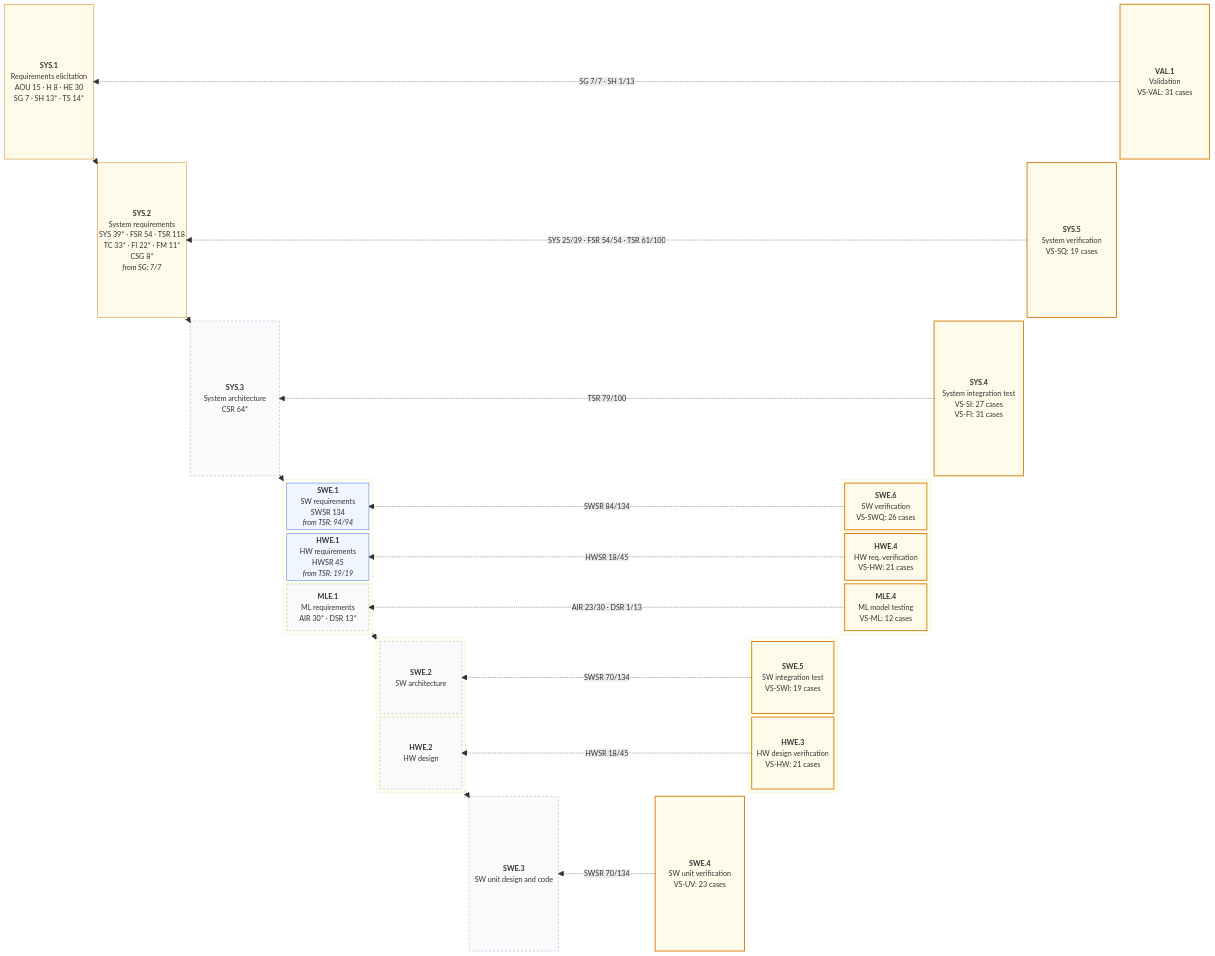
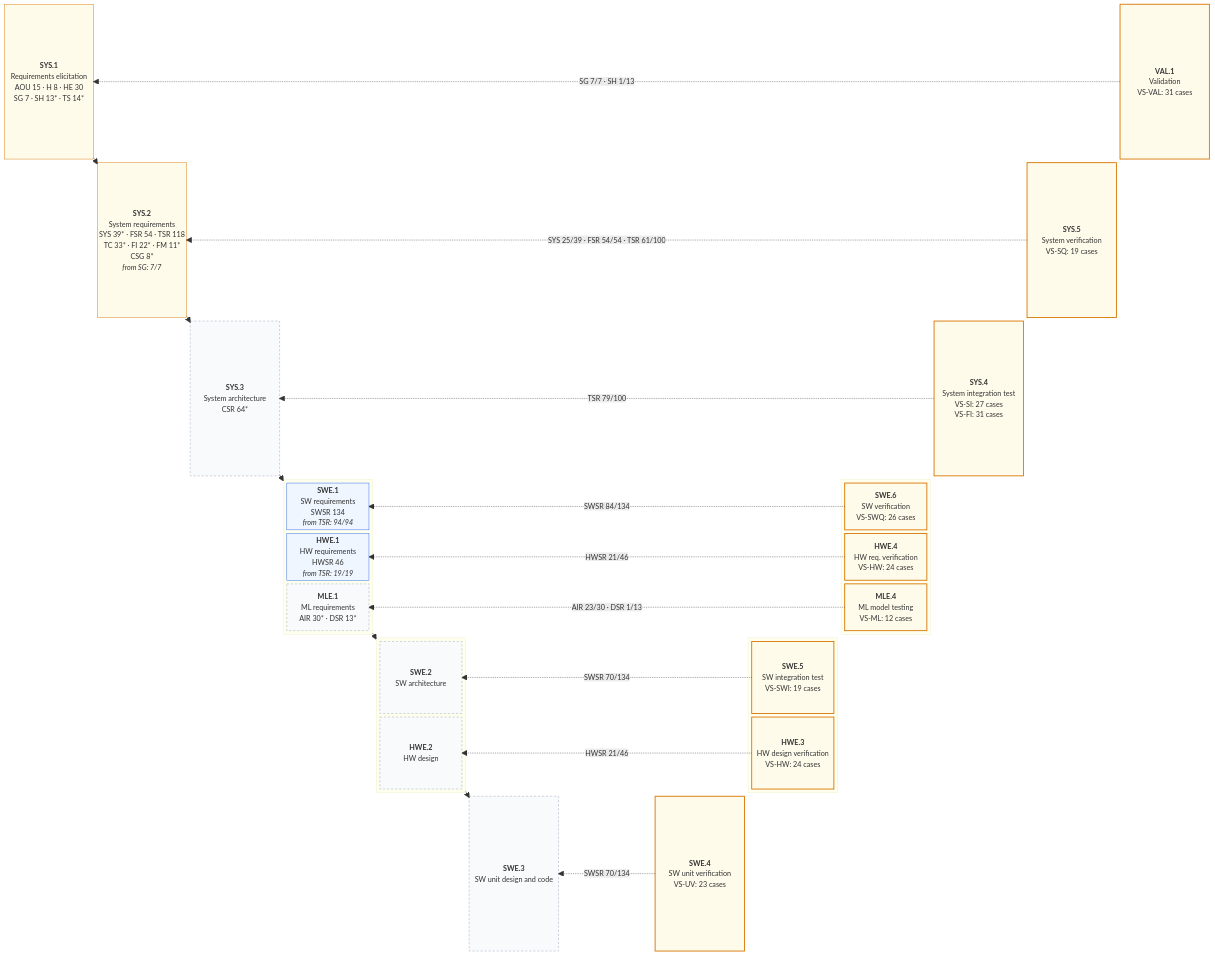
One commit to jherrodthomas/LionDriver changed the first of 2 diagrams in assurance/trace/maps/aspice-trace-map.md. Above: the diagram before and after it, drawn with Mermaid. The commit also changed other lines of this file and 48 other files, not shown here.

```diff
--- a/assurance/trace/maps/aspice-trace-map.md
+++ b/assurance/trace/maps/aspice-trace-map.md
@@ -67,7 +67,7 @@
   block:L3
     columns 1
     SWE1["<b>SWE.1</b><br/>SW requirements<br/>SWSR 134<br/><i>from TSR: 94/94</i>"]
-    HWE1["<b>HWE.1</b><br/>HW requirements<br/>HWSR 45<br/><i>from TSR: 19/19</i>"]
+    HWE1["<b>HWE.1</b><br/>HW requirements<br/>HWSR 46<br/><i>from TSR: 19/19</i>"]
     MLE1["<b>MLE.1</b><br/>ML requirements<br/>AIR 30* · DSR 13*"]
   end
   space
@@ -78,7 +78,7 @@
   block:R3
     columns 1
     SWE6["<b>SWE.6</b><br/>SW verification<br/>VS-SWQ: 26 cases"]
-    HWE4["<b>HWE.4</b><br/>HW req. verification<br/>VS-HW: 21 cases"]
+    HWE4["<b>HWE.4</b><br/>HW req. verification<br/>VS-HW: 24 cases"]
     MLE4["<b>MLE.4</b><br/>ML model testing<br/>VS-ML: 12 cases"]
   end
   space
@@ -99,7 +99,7 @@
   block:R4
     columns 1
     SWE5["<b>SWE.5</b><br/>SW integration test<br/>VS-SWI: 19 cases"]
-    HWE3["<b>HWE.3</b><br/>HW design verification<br/>VS-HW: 21 cases"]
+    HWE3["<b>HWE.3</b><br/>HW design verification<br/>VS-HW: 24 cases"]
   end
   space
   space
@@ -127,10 +127,10 @@
   SYS5 -. "SYS 25/39 · FSR 54/54 · TSR 61/100" .-> SYS2
   SYS4 -. "TSR 79/100" .-> SYS3
   SWE6 -. "SWSR 84/134" .-> SWE1
-  HWE4 -. "HWSR 18/45" .-> HWE1
+  HWE4 -. "HWSR 21/46" .-> HWE1
   MLE4 -. "AIR 23/30 · DSR 1/13" .-> MLE1
   SWE5 -. "SWSR 70/134" .-> SWE2
-  HWE3 -. "HWSR 18/45" .-> HWE2
+  HWE3 -. "HWSR 21/46" .-> HWE2
   SWE4 -. "SWSR 70/134" .-> SWE3
   style VAL1 fill:#FFFBEB,stroke:#D97706,stroke-width:2px
   style SYS5 fill:#FFFBEB,stroke:#D97706,stroke-width:2px
```
